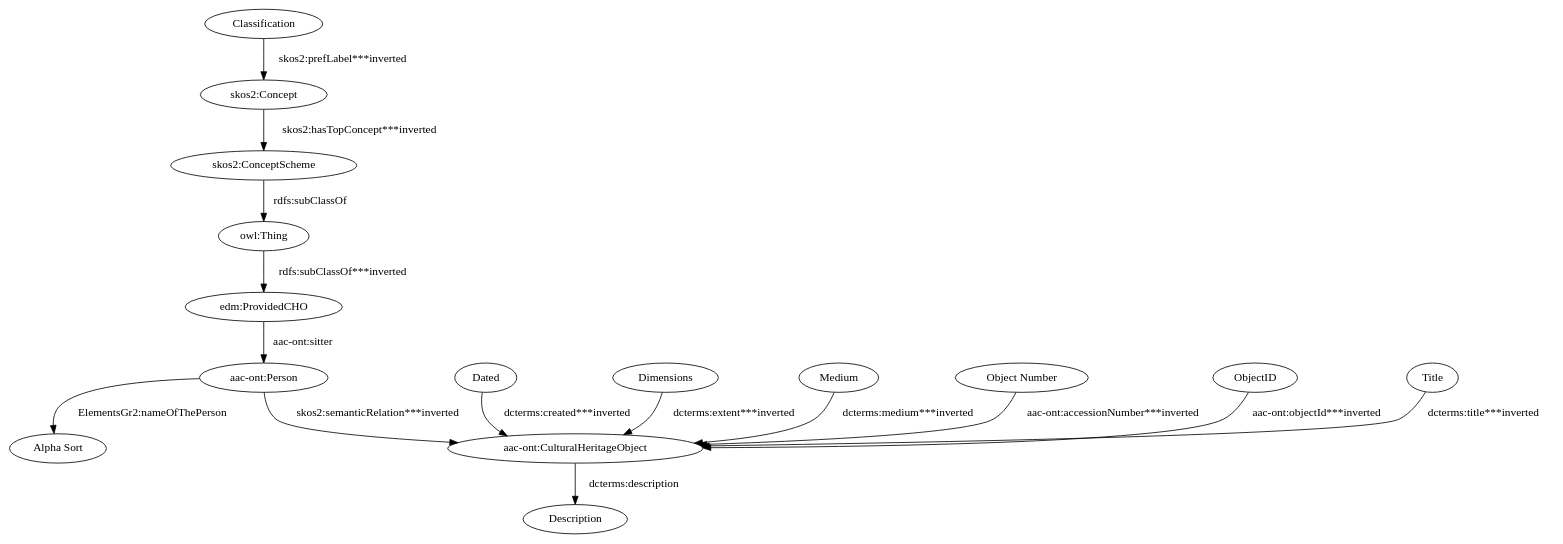
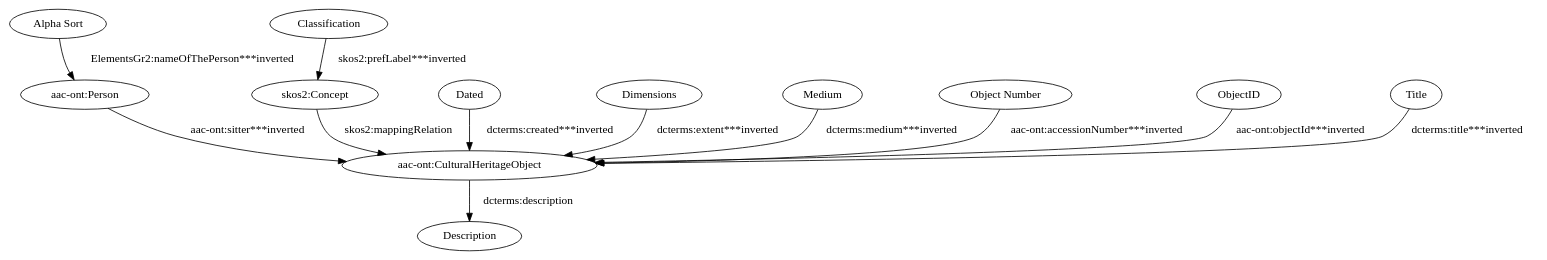
The diagram in data/taheriyan2016/task_03/semantic_models/steiner/dot/s29-gilcrease.dot (giuseppefutia/semi), drawn with Graphviz before and after one commit. The commit also changed 311 other files, not shown here.

```diff
--- a/data/taheriyan2016/task_03/semantic_models/steiner/dot/s29-gilcrease.dot
+++ b/data/taheriyan2016/task_03/semantic_models/steiner/dot/s29-gilcrease.dot
@@ -1,31 +1,25 @@
 digraph {
+  "Alpha Sort" [type=attribute_name,label="Alpha Sort"]
+  "aac-ont:Person1" [type=class_uri,label="aac-ont:Person"]
   Classification [type=attribute_name,label=Classification]
   "skos2:Concept1" [type=class_uri,label="skos2:Concept"]
   Dated [type=attribute_name,label=Dated]
   "aac-ont:CulturalHeritageObject1" [type=class_uri,label="aac-ont:CulturalHeritageObject"]
   Dimensions [type=attribute_name,label=Dimensions]
   Medium [type=attribute_name,label=Medium]
   "Object Number" [type=attribute_name,label="Object Number"]
   ObjectID [type=attribute_name,label=ObjectID]
   Title [type=attribute_name,label=Title]
   Description [type=attribute_name,label=Description]
-  "aac-ont:Person1" [type=class_uri,label="aac-ont:Person"]
-  "Alpha Sort" [type=attribute_name,label="Alpha Sort"]
-  "edm:ProvidedCHO" [type=class_uri,label="edm:ProvidedCHO"]
-  "owl:Thing" [type=special,label="owl:Thing"]
-  "skos2:ConceptScheme" [type=class_uri,label="skos2:ConceptScheme"]
+  "Alpha Sort" -> "aac-ont:Person1" [type=st_property_uri,label="ElementsGr2:nameOfThePerson***inverted",weight=1]
   Classification -> "skos2:Concept1" [type=st_property_uri,label="skos2:prefLabel***inverted",weight=1]
   Dated -> "aac-ont:CulturalHeritageObject1" [type=st_property_uri,label="dcterms:created***inverted",weight=1]
   Dimensions -> "aac-ont:CulturalHeritageObject1" [type=st_property_uri,label="dcterms:extent***inverted",weight=1]
   Medium -> "aac-ont:CulturalHeritageObject1" [type=st_property_uri,label="dcterms:medium***inverted",weight=1]
   "Object Number" -> "aac-ont:CulturalHeritageObject1" [type=st_property_uri,label="aac-ont:accessionNumber***inverted",weight=1]
   ObjectID -> "aac-ont:CulturalHeritageObject1" [type=st_property_uri,label="aac-ont:objectId***inverted",weight=1]
   Title -> "aac-ont:CulturalHeritageObject1" [type=st_property_uri,label="dcterms:title***inverted",weight=1]
   "aac-ont:CulturalHeritageObject1" -> Description [label="dcterms:description",type=st_property_uri]
-  "aac-ont:Person1" -> "Alpha Sort" [label="ElementsGr2:nameOfThePerson",type=st_property_uri]
-  "aac-ont:Person1" -> "aac-ont:CulturalHeritageObject1" [type=inherited,label="skos2:semanticRelation***inverted",weight=4]
-  "edm:ProvidedCHO" -> "aac-ont:Person1" [label="aac-ont:sitter",type=direct_property_uri,weight=1]
-  "owl:Thing" -> "edm:ProvidedCHO" [type=inherited,label="rdfs:subClassOf***inverted",weight=0.3333333333333333]
-  "skos2:Concept1" -> "skos2:ConceptScheme" [type=direct_property_uri,label="skos2:hasTopConcept***inverted",weight=1]
-  "skos2:ConceptScheme" -> "owl:Thing" [label="rdfs:subClassOf",type=inherited,weight=0.3333333333333333]
+  "aac-ont:Person1" -> "aac-ont:CulturalHeritageObject1" [type=direct_property_uri,label="aac-ont:sitter***inverted",weight=1]
+  "skos2:Concept1" -> "aac-ont:CulturalHeritageObject1" [label="skos2:mappingRelation",type=inherited,weight=4]
 }
```
